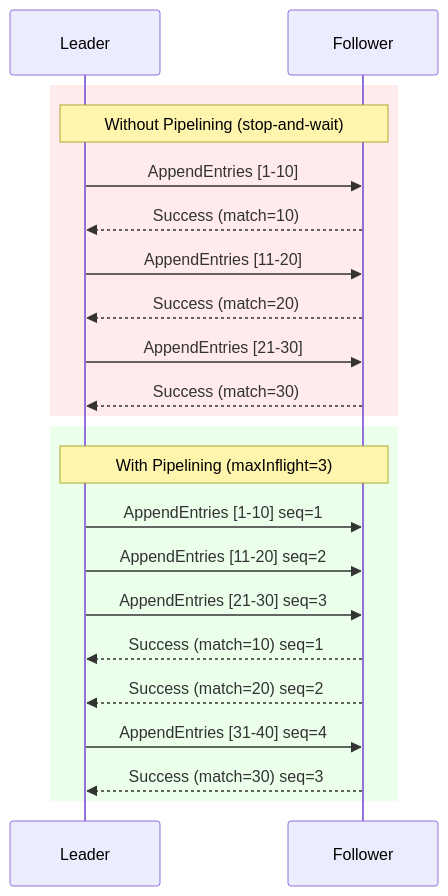
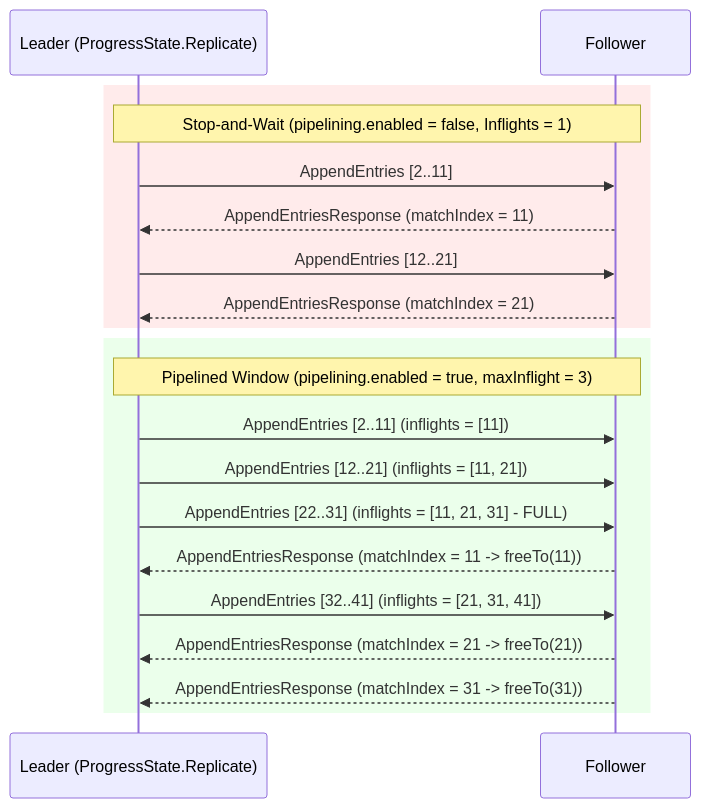
One commit to bmscomp/raft changed the second of 4 diagrams in docs/book/10-performance-vs-safety.md. Above: the diagram before and after it, drawn with Mermaid. The commit also changed other lines of this file and 8 other files, not shown here.

````diff
--- a/docs/book/10-performance-vs-safety.md
+++ b/docs/book/10-performance-vs-safety.md
@@ -153,26 +100,24 @@
 ```mermaid
 sequenceDiagram
-    participant L as Leader
+    participant L as Leader (ProgressState.Replicate)
     participant F as Follower
 
     rect rgb(255, 235, 235)
-        Note over L,F: Without Pipelining (stop-and-wait)
-        L->>F: AppendEntries [1-10]
-        F-->>L: Success (match=10)
-        L->>F: AppendEntries [11-20]
-        F-->>L: Success (match=20)
-        L->>F: AppendEntries [21-30]
-        F-->>L: Success (match=30)
+        Note over L,F: Stop-and-Wait (pipelining.enabled = false, Inflights = 1)
+        L->>F: AppendEntries [2..11]
+        F-->>L: AppendEntriesResponse (matchIndex = 11)
+        L->>F: AppendEntries [12..21]
+        F-->>L: AppendEntriesResponse (matchIndex = 21)
     end
 
     rect rgb(235, 255, 235)
-        Note over L,F: With Pipelining (maxInflight=3)
-        L->>F: AppendEntries [1-10] seq=1
-        L->>F: AppendEntries [11-20] seq=2
-        L->>F: AppendEntries [21-30] seq=3
-        F-->>L: Success (match=10) seq=1
-        F-->>L: Success (match=20) seq=2
-        L->>F: AppendEntries [31-40] seq=4
-        F-->>L: Success (match=30) seq=3
+        Note over L,F: Pipelined Window (pipelining.enabled = true, maxInflight = 3)
+        L->>F: AppendEntries [2..11] (inflights = [11])
+        L->>F: AppendEntries [12..21] (inflights = [11, 21])
+        L->>F: AppendEntries [22..31] (inflights = [11, 21, 31] - FULL)
+        F-->>L: AppendEntriesResponse (matchIndex = 11 -> freeTo(11))
+        L->>F: AppendEntries [32..41] (inflights = [21, 31, 41])
+        F-->>L: AppendEntriesResponse (matchIndex = 21 -> freeTo(21))
+        F-->>L: AppendEntriesResponse (matchIndex = 31 -> freeTo(31))
     end
 ```
````
